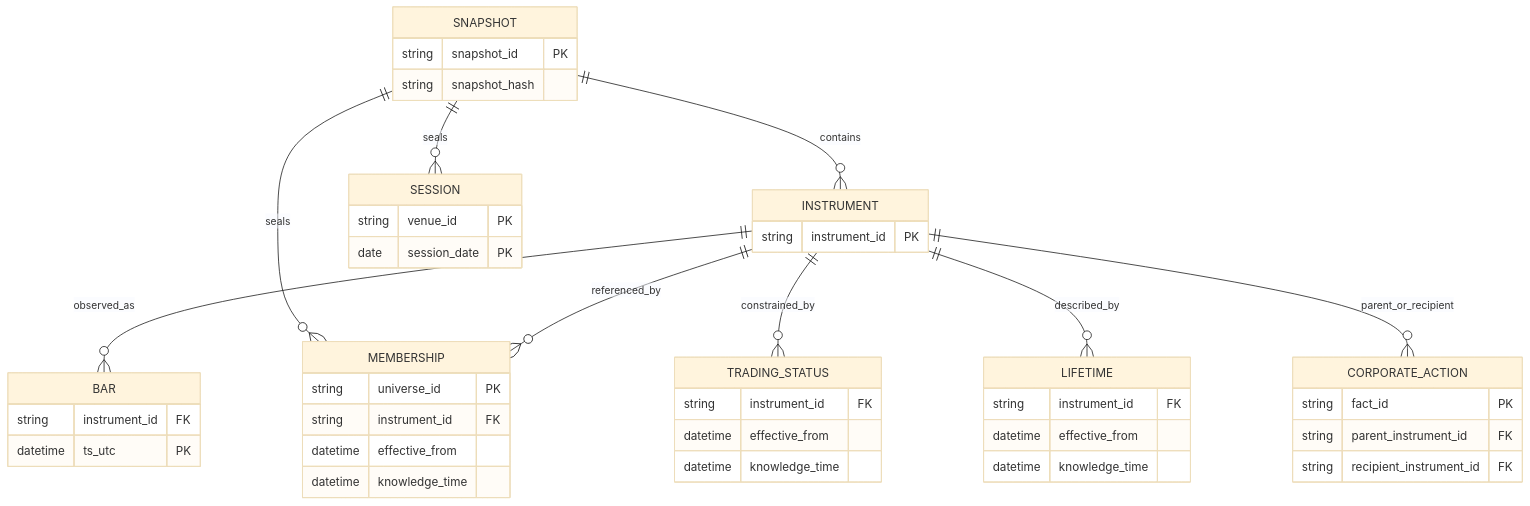
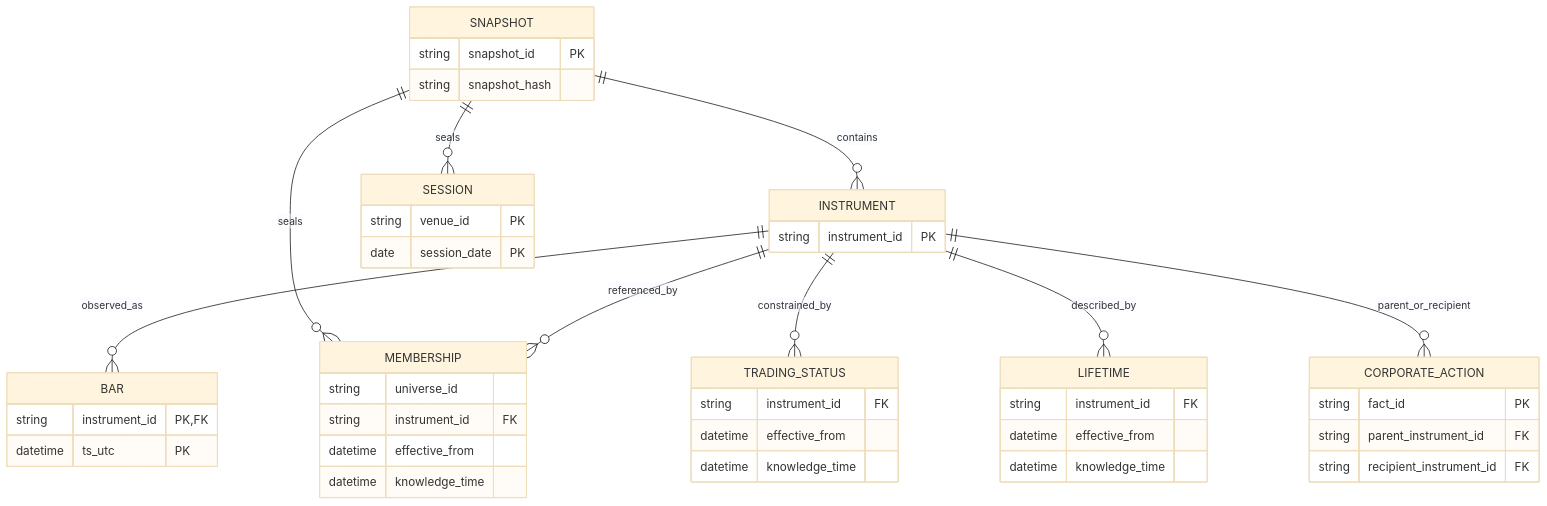
The diagram in vignettes/point-in-time-inputs.qmd (blechturm/ledgr), drawn with Mermaid (base theme) before and after one commit. The commit also changed other lines of this file and 18 other files, not shown here.

````diff
--- a/vignettes/point-in-time-inputs.qmd
+++ b/vignettes/point-in-time-inputs.qmd
@@ -329,48 +374,48 @@
 ```{mermaid}
 %%| echo: false
 erDiagram
   SNAPSHOT ||--o{ INSTRUMENT : contains
   INSTRUMENT ||--o{ BAR : observed_as
   SNAPSHOT ||--o{ SESSION : seals
   SNAPSHOT ||--o{ MEMBERSHIP : seals
   INSTRUMENT ||--o{ MEMBERSHIP : referenced_by
   INSTRUMENT ||--o{ TRADING_STATUS : constrained_by
   INSTRUMENT ||--o{ LIFETIME : described_by
   INSTRUMENT ||--o{ CORPORATE_ACTION : parent_or_recipient
   SNAPSHOT {
     string snapshot_id PK
     string snapshot_hash
   }
   INSTRUMENT {
     string instrument_id PK
   }
   BAR {
-    string instrument_id FK
+    string instrument_id PK,FK
     datetime ts_utc PK
   }
   SESSION {
     string venue_id PK
     date session_date PK
   }
   MEMBERSHIP {
-    string universe_id PK
+    string universe_id
     string instrument_id FK
     datetime effective_from
     datetime knowledge_time
   }
   TRADING_STATUS {
     string instrument_id FK
     datetime effective_from
     datetime knowledge_time
   }
   LIFETIME {
     string instrument_id FK
     datetime effective_from
     datetime knowledge_time
   }
   CORPORATE_ACTION {
     string fact_id PK
     string parent_instrument_id FK
     string recipient_instrument_id FK
   }
 ```
````
